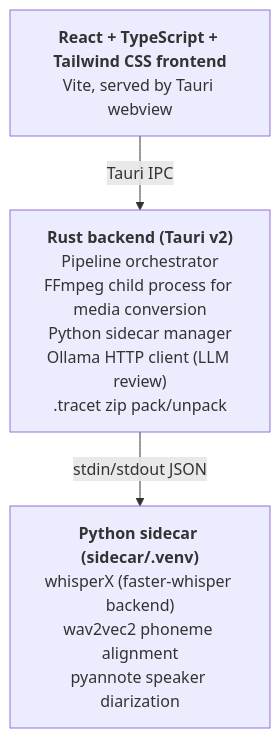
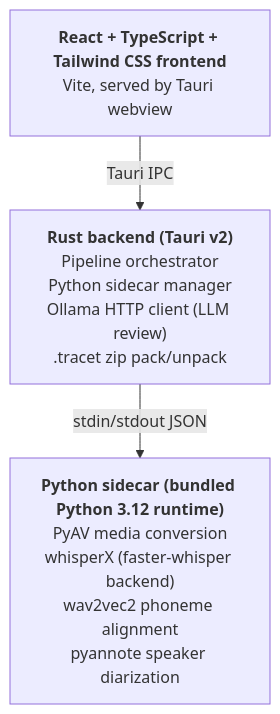
Before and after one commit to theagitist/tracet: the diagram in README.md, drawn with Mermaid. The commit also changed other lines of this file and 1 other file, not shown here.

First line of the commit message:
docs: describe the bundled runtime and apple silicon only builds

````diff
--- a/README.md
+++ b/README.md
@@ -33,9 +33,9 @@
 ```mermaid
 flowchart TB
     FE["<b>React + TypeScript + Tailwind CSS frontend</b><br/>Vite, served by Tauri webview"]
-    BE["<b>Rust backend (Tauri v2)</b><br/>Pipeline orchestrator<br/>FFmpeg child process for media conversion<br/>Python sidecar manager<br/>Ollama HTTP client (LLM review)<br/>.tracet zip pack/unpack"]
-    SC["<b>Python sidecar (sidecar/.venv)</b><br/>whisperX (faster-whisper backend)<br/>wav2vec2 phoneme alignment<br/>pyannote speaker diarization"]
+    BE["<b>Rust backend (Tauri v2)</b><br/>Pipeline orchestrator<br/>Python sidecar manager<br/>Ollama HTTP client (LLM review)<br/>.tracet zip pack/unpack"]
+    SC["<b>Python sidecar (bundled Python 3.12 runtime)</b><br/>PyAV media conversion<br/>whisperX (faster-whisper backend)<br/>wav2vec2 phoneme alignment<br/>pyannote speaker diarization"]
 
     FE -- "Tauri IPC" --> BE
     BE -- "stdin/stdout JSON" --> SC
 ```
````
